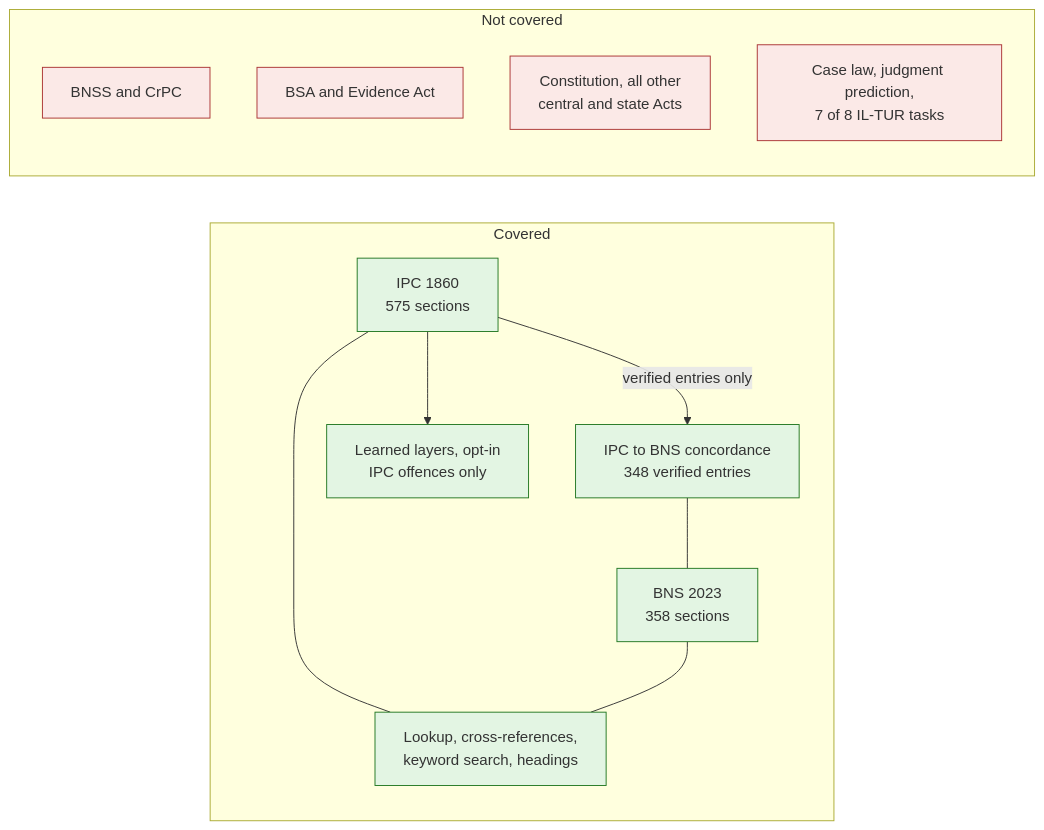
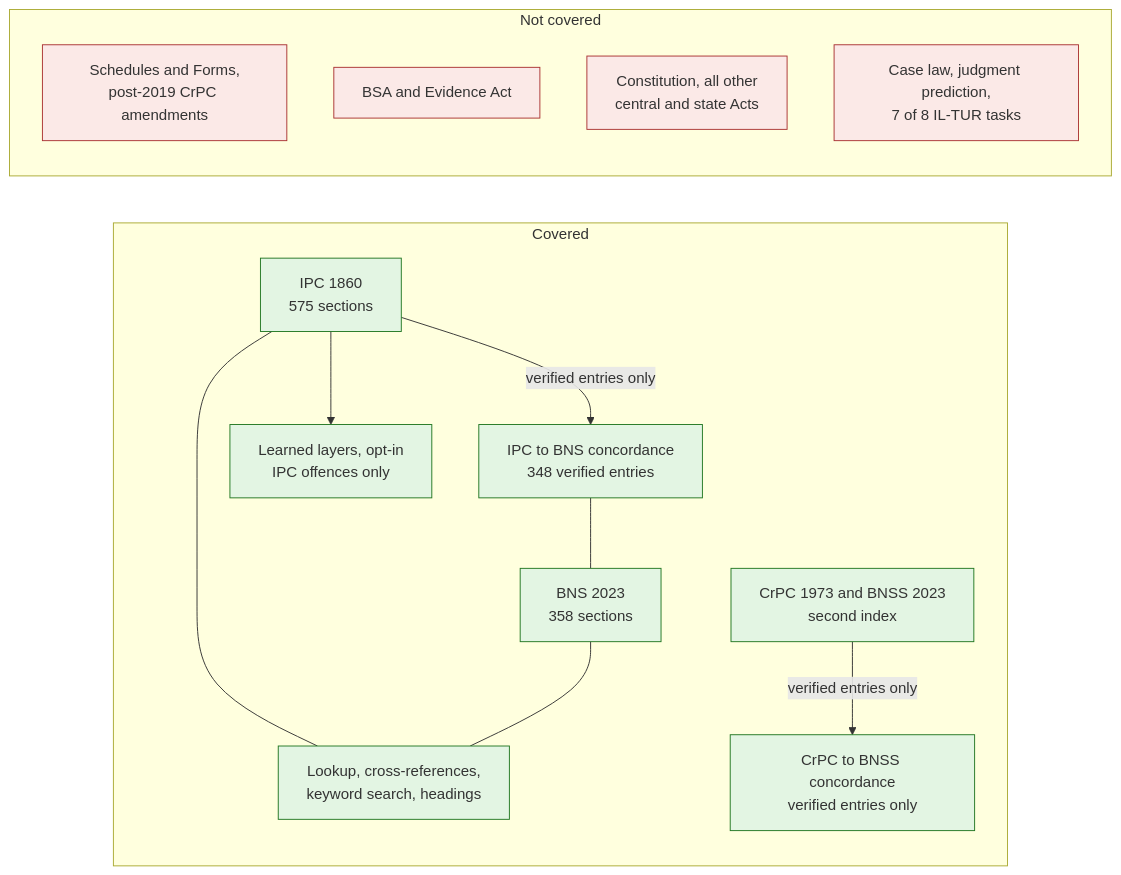
The diagram in docs/claims.md (pokhriyal-anmol/ibid), drawn with Mermaid before and after one commit. The commit also changed other lines of this file and 3 other files, not shown here.

````diff
--- a/docs/claims.md
+++ b/docs/claims.md
@@ -5,25 +5,28 @@
 ```mermaid
 flowchart LR
   subgraph In["Covered"]
     A["IPC 1860<br/>575 sections"]
     B["BNS 2023<br/>358 sections"]
     C["IPC to BNS concordance<br/>348 verified entries"]
     D["Lookup, cross-references,<br/>keyword search, headings"]
     E["Learned layers, opt-in<br/>IPC offences only"]
+    J["CrPC 1973 and BNSS 2023<br/>second index"]
+    K["CrPC to BNSS concordance<br/>verified entries only"]
   end
   subgraph Out["Not covered"]
-    F["BNSS and CrPC"]
+    F["Schedules and Forms,<br/>post-2019 CrPC amendments"]
     G["BSA and Evidence Act"]
     H["Constitution, all other<br/>central and state Acts"]
     I["Case law, judgment prediction,<br/>7 of 8 IL-TUR tasks"]
   end
   A --- D
   B --- D
   A -->|"verified entries only"| C
   C --- B
   A --> E
+  J -->|"verified entries only"| K
   classDef covered fill:#e3f5e3,stroke:#272
   classDef gap fill:#fbe9e7,stroke:#a33
-  class A,B,C,D,E covered
+  class A,B,C,D,E,J,K covered
   class F,G,H,I gap
 ```
````
